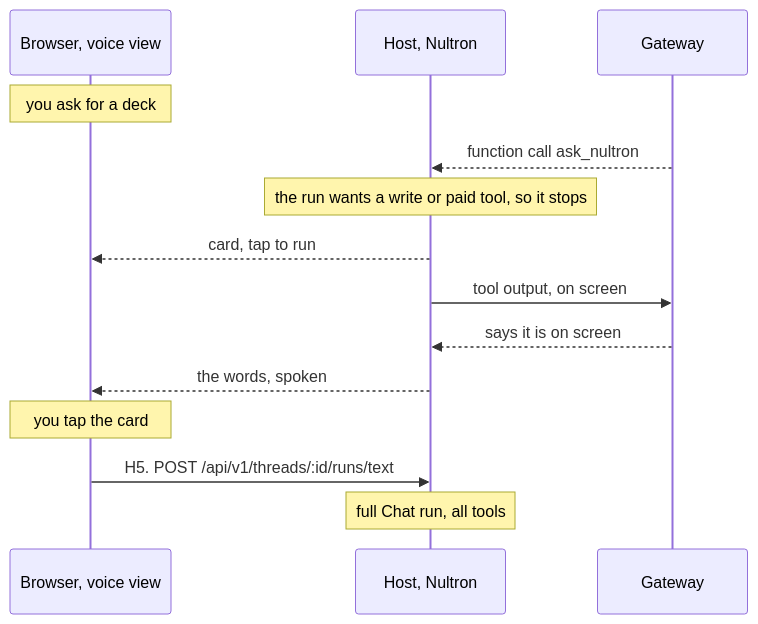
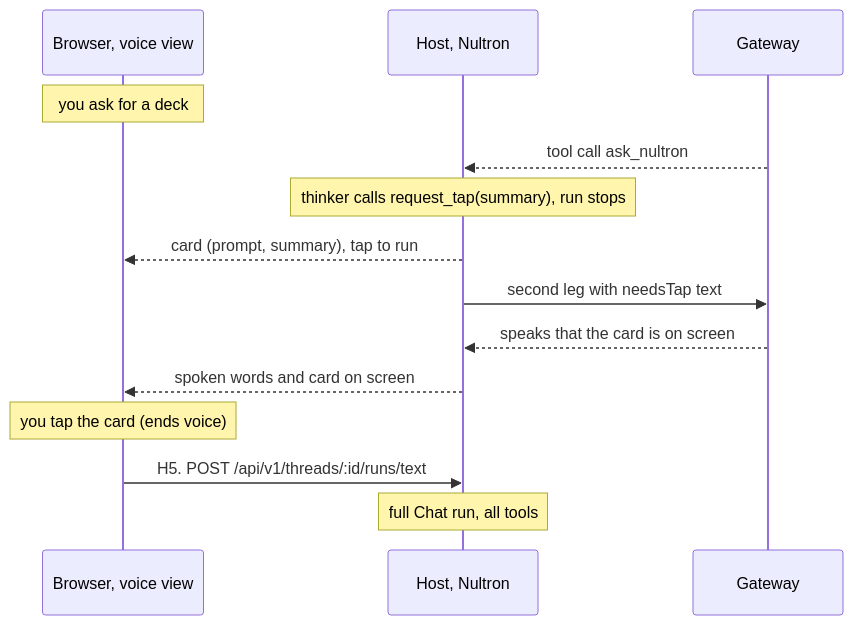
The sixth of 9 diagrams in docs/internal/voice-mode-plan.md (Kyoo032/Nultron), drawn with Mermaid before and after one commit. The commit also changed other lines of this file, not shown here.

First line of the commit message:
docs(voice): the plan after Day 0, an HTTP talker

````diff
--- a/docs/internal/voice-mode-plan.md
+++ b/docs/internal/voice-mode-plan.md
@@ -268,16 +327,16 @@
 ```mermaid
 sequenceDiagram
   participant B as Browser, voice view
   participant H as Host, Nultron
   participant G as Gateway
   Note over B: you ask for a deck
-  G-->>H: function call ask_nultron
-  Note over H: the run wants a write or paid tool, so it stops
-  H-->>B: card, tap to run
-  H->>G: tool output, on screen
-  G-->>H: says it is on screen
-  H-->>B: the words, spoken
-  Note over B: you tap the card
+  G-->>H: tool call ask_nultron
+  Note over H: thinker calls request_tap(summary), run stops
+  H-->>B: card (prompt, summary), tap to run
+  H->>G: second leg with needsTap text
+  G-->>H: speaks that the card is on screen
+  H-->>B: spoken words and card on screen
+  Note over B: you tap the card (ends voice)
   B->>H: H5. POST /api/v1/threads/:id/runs/text
   Note over H: full Chat run, all tools
 ```
````
